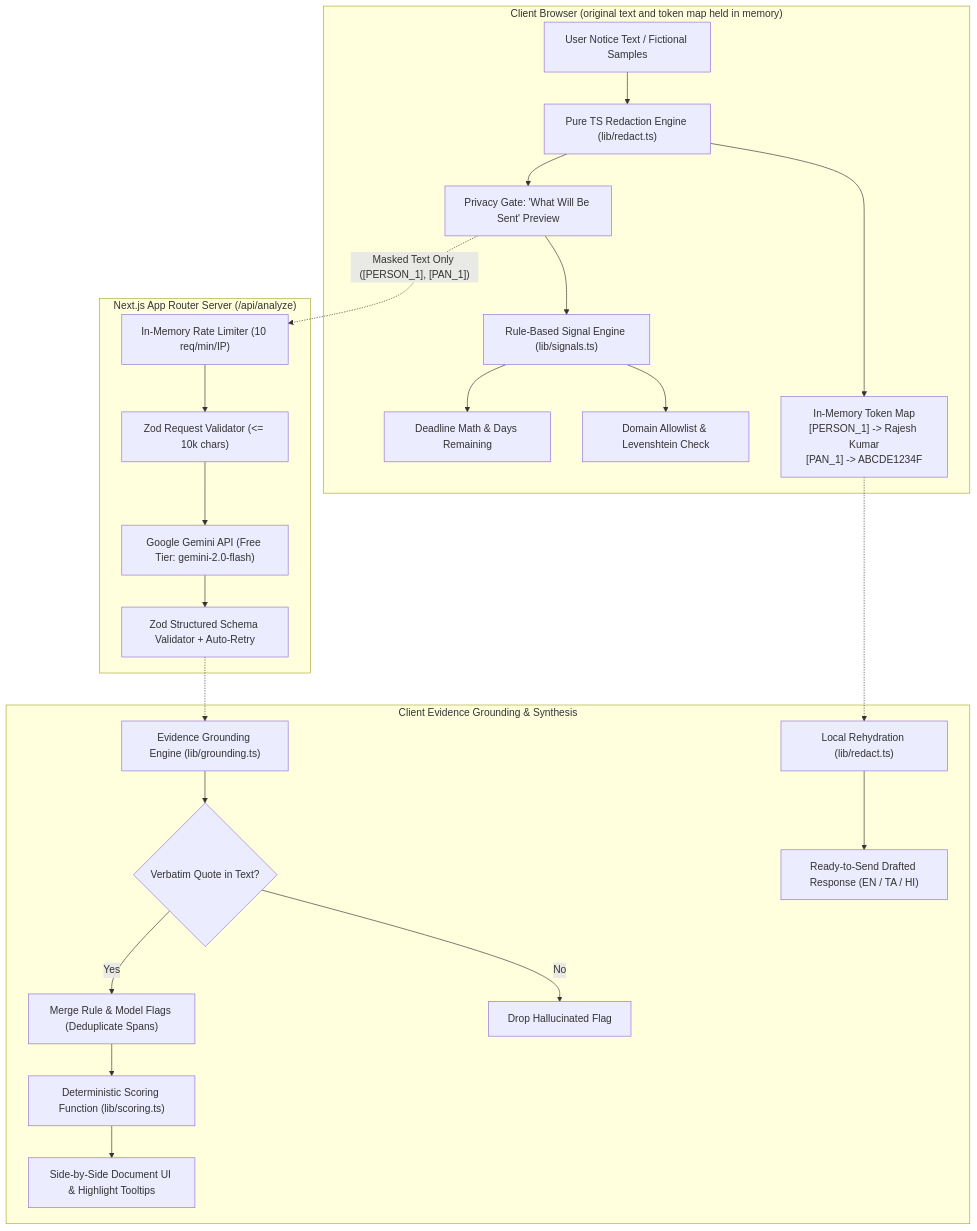
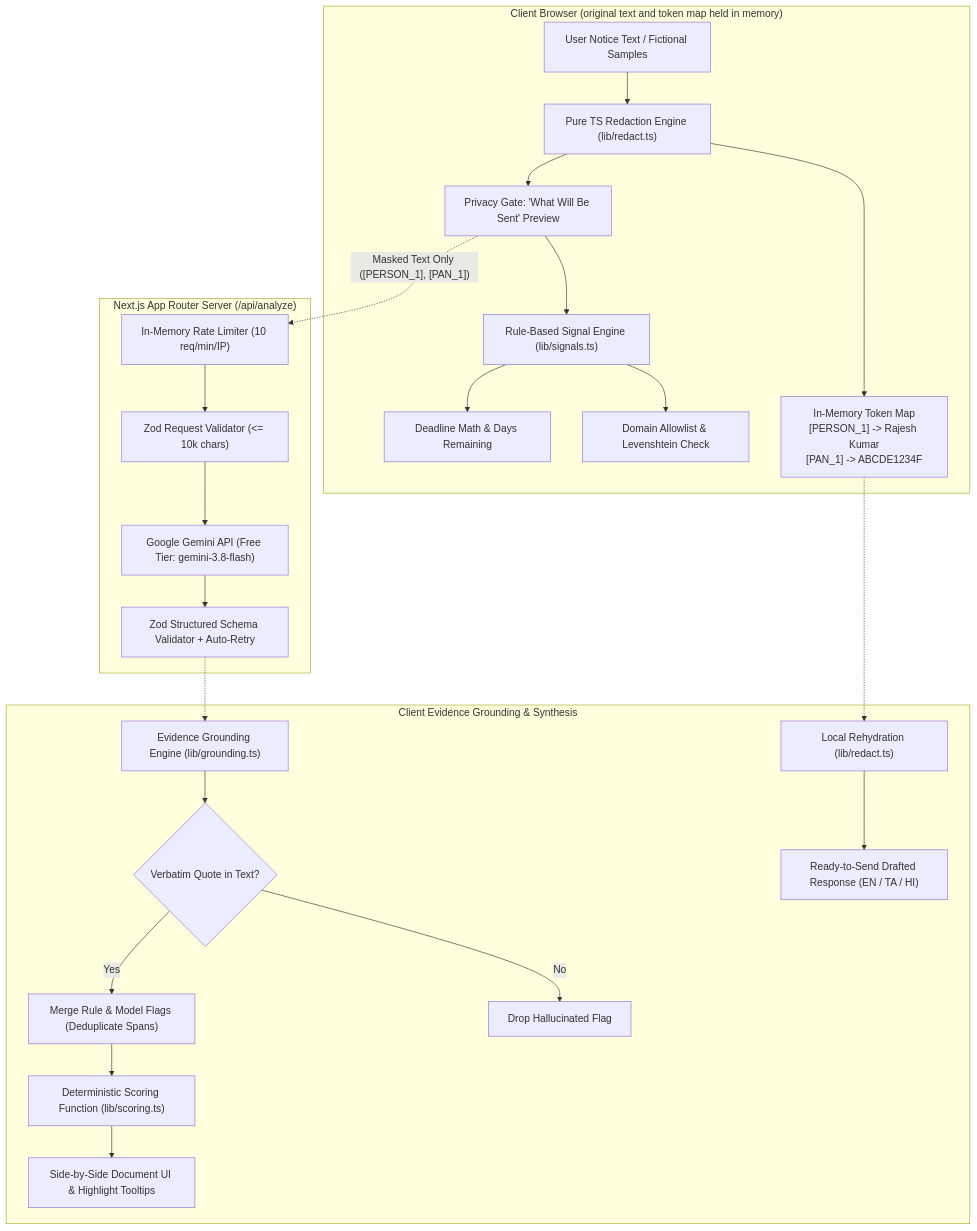
Before and after one commit to swetha-006/Notice_Decoder: the diagram in README.md, drawn with Mermaid. The commit also changed other lines of this file and 12 other files, not shown here.

````diff
--- a/README.md
+++ b/README.md
@@ -32,29 +32,29 @@
 ```mermaid
 flowchart TD
     subgraph Browser ["Client Browser (original text and token map held in memory)"]
         UserText["User Notice Text / Fictional Samples"] --> Redactor["Pure TS Redaction Engine (lib/redact.ts)"]
         Redactor --> TokenMap["In-Memory Token Map<br/>[PERSON_1] -> Rajesh Kumar<br/>[PAN_1] -> ABCDE1234F"]
         Redactor --> PrivacyGate["Privacy Gate: 'What Will Be Sent' Preview"]
         PrivacyGate --> LocalSignals["Rule-Based Signal Engine (lib/signals.ts)"]
         LocalSignals --> DomainCheck["Domain Allowlist & Levenshtein Check"]
         LocalSignals --> DeadlineMath["Deadline Math & Days Remaining"]
     end
 
     subgraph ServerRoute ["Next.js App Router Server (/api/analyze)"]
         PrivacyGate -.->|"Masked Text Only ([PERSON_1], [PAN_1])"| RateLimiter["In-Memory Rate Limiter (10 req/min/IP)"]
         RateLimiter --> ZodIn["Zod Request Validator (<= 10k chars)"]
-        ZodIn --> GeminiAPI["Google Gemini API (Free Tier: gemini-2.0-flash)"]
+        ZodIn --> GeminiAPI["Google Gemini API (Free Tier: gemini-3.8-flash)"]
         GeminiAPI --> ZodOut["Zod Structured Schema Validator + Auto-Retry"]
     end
 
     subgraph GroundingPipeline ["Client Evidence Grounding & Synthesis"]
         ZodOut -.-> Grounding["Evidence Grounding Engine (lib/grounding.ts)"]
         Grounding --> SubstringMatch{"Verbatim Quote in Text?"}
         SubstringMatch -- No --> DropFlag["Drop Hallucinated Flag"]
         SubstringMatch -- Yes --> MergeFlags["Merge Rule & Model Flags (Deduplicate Spans)"]
         MergeFlags --> Scoring["Deterministic Scoring Function (lib/scoring.ts)"]
         Scoring --> VerdictUI["Side-by-Side Document UI & Highlight Tooltips"]
         TokenMap -.-> Rehydrate["Local Rehydration (lib/redact.ts)"]
         Rehydrate --> DraftUI["Ready-to-Send Drafted Response (EN / TA / HI)"]
     end
 ```
````
